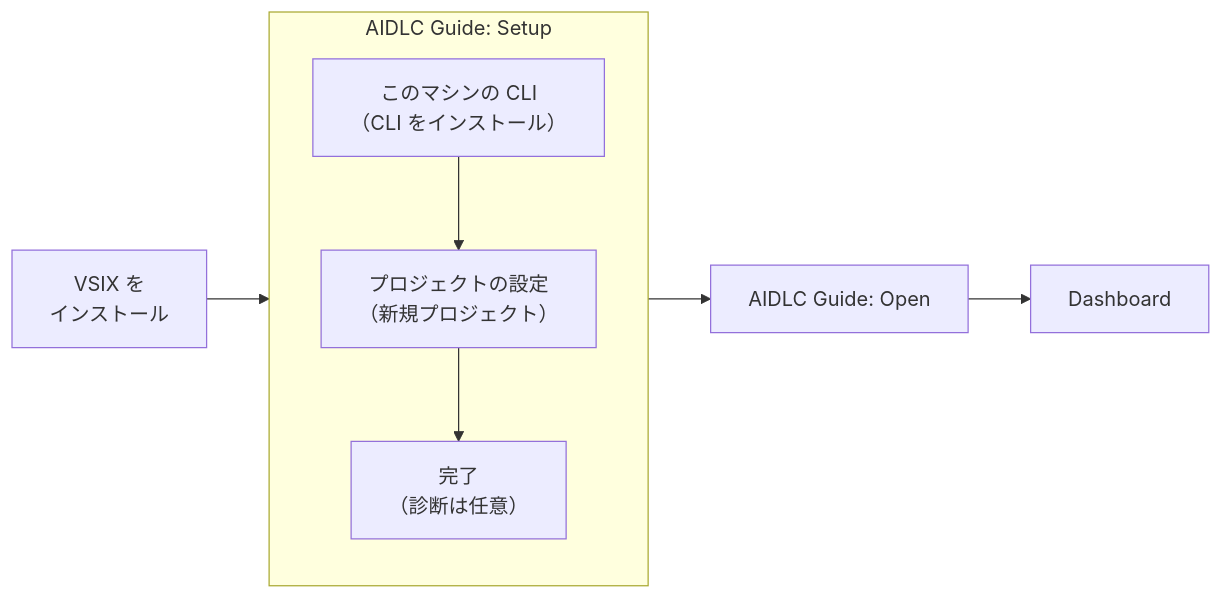
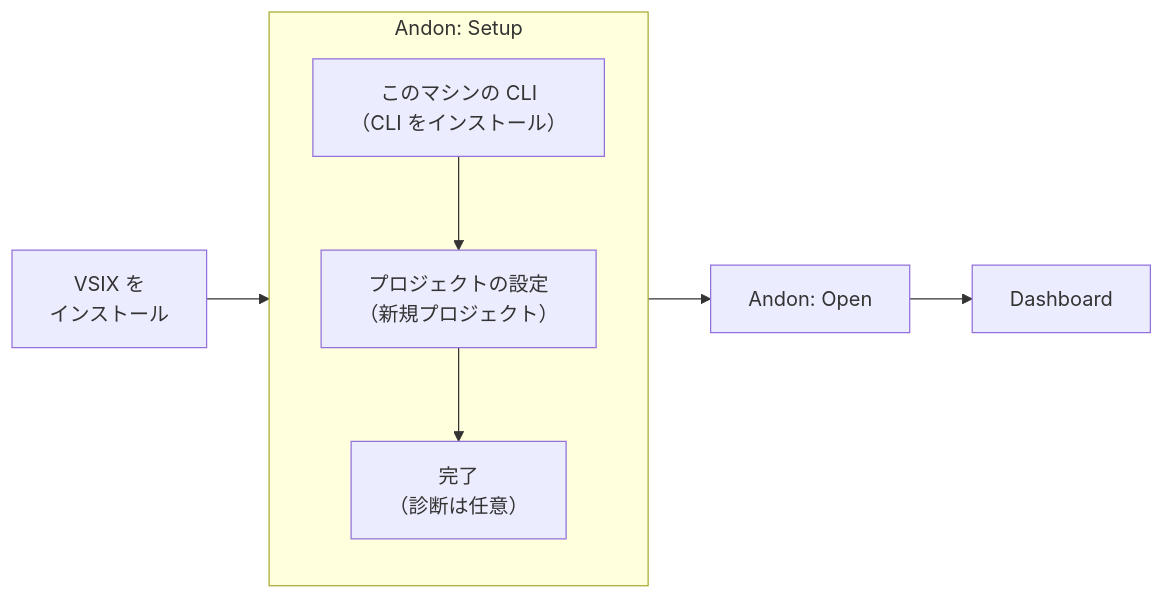
Before and after one commit to otomatty/andon-for-aidlc: the third of 7 diagrams in README.md, drawn with Mermaid. The commit also changed other lines of this file and 283 other files, not shown here.

````diff
--- a/README.md
+++ b/README.md
@@ -175,11 +174,11 @@
 ```mermaid
 flowchart LR
   vsix["VSIX を<br/>インストール"] --> setup
-  subgraph setup["AIDLC Guide: Setup"]
+  subgraph setup["Andon: Setup"]
     direction TB
     s1["このマシンの CLI<br/>（CLI をインストール）"] --> s2["プロジェクトの設定<br/>（新規プロジェクト）"]
     s2 --> s3["完了<br/>（診断は任意）"]
   end
-  setup --> open["AIDLC Guide: Open"]
+  setup --> open["Andon: Open"]
   open --> dash["Dashboard"]
 ```
````
